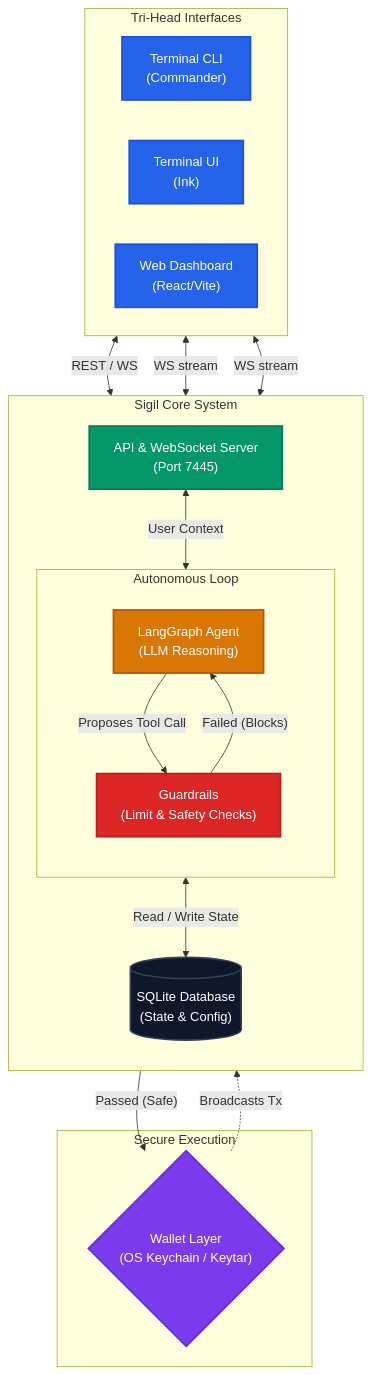
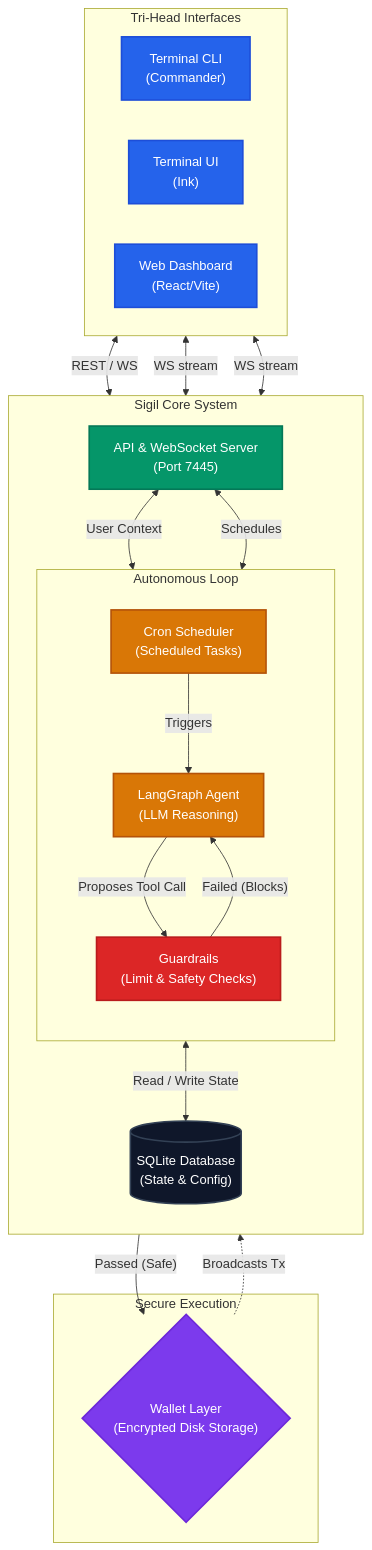
The diagram in ARCHITECTURE.md (koredeycode/sigil), drawn with Mermaid before and after one commit. The commit also changed other lines of this file and 8 other files, not shown here.

Commit message:
feat: Refactor home and blog pages into client components, integrate `framer-motion`, and update architecture to include Cron Scheduler and encrypted disk storage for wallets.

````diff
--- a/ARCHITECTURE.md
+++ b/ARCHITECTURE.md
@@ -7,46 +7,49 @@
 ```mermaid
 graph TB
     classDef interface fill:#2563eb,stroke:#1d4ed8,stroke-width:2px,color:#fff
     classDef api fill:#059669,stroke:#047857,stroke-width:2px,color:#fff
     classDef agent fill:#d97706,stroke:#b45309,stroke-width:2px,color:#fff
     classDef db fill:#0f172a,stroke:#334155,stroke-width:2px,color:#fff
     classDef security fill:#dc2626,stroke:#b91c1c,stroke-width:2px,color:#fff
     classDef wallet fill:#7c3aed,stroke:#6d28d9,stroke-width:2px,color:#fff
 
     subgraph Interfaces ["Tri-Head Interfaces"]
         direction LR
         CLI["Terminal CLI<br/>(Commander)"]:::interface
         TUI["Terminal UI<br/>(Ink)"]:::interface
         WEB["Web Dashboard<br/>(React/Vite)"]:::interface
     end
 
     subgraph Core ["Sigil Core System"]
         direction TB
         SERVER["API & WebSocket Server<br/>(Port 7445)"]:::api
         
         subgraph AgentLoop ["Autonomous Loop"]
             direction TB
             AGENT["LangGraph Agent<br/>(LLM Reasoning)"]:::agent
             GUARDRAILS["Guardrails<br/>(Limit & Safety Checks)"]:::security
+            CRON["Cron Scheduler<br/>(Scheduled Tasks)"]:::agent
         end
         
         DB[("SQLite Database<br/>(State & Config)")]:::db
     end
 
     subgraph Execution ["Secure Execution"]
-        WALLET{"Wallet Layer<br/>(OS Keychain / Keytar)"}:::wallet
+        WALLET{"Wallet Layer<br/>(Encrypted Disk Storage)"}:::wallet
     end
 
     %% Connections
     CLI <-->|REST / WS| SERVER
     TUI <-->|WS stream| SERVER
     WEB <-->|WS stream| SERVER
 
     SERVER <-->|User Context| AGENT
+    SERVER <-->|Schedules| CRON
+    CRON -->|Triggers| AGENT
     AGENT <-->|Read / Write State| DB
     
     AGENT -->|"Proposes Tool Call"| GUARDRAILS
     GUARDRAILS -->|"Failed (Blocks)"| AGENT
     GUARDRAILS -->|"Passed (Safe)"| WALLET
     WALLET -.->|"Broadcasts Tx"| SERVER
 ```
````
